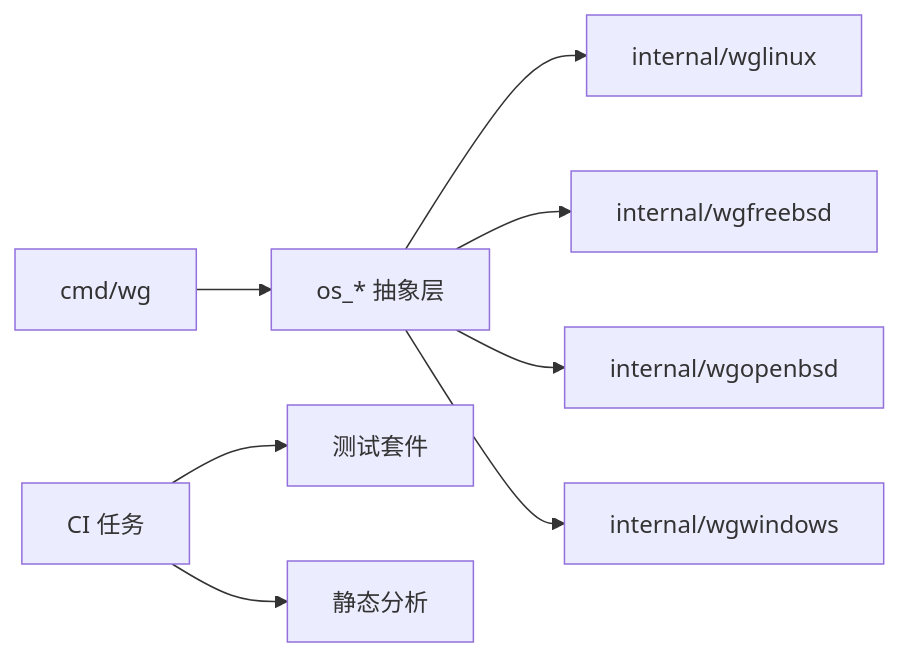
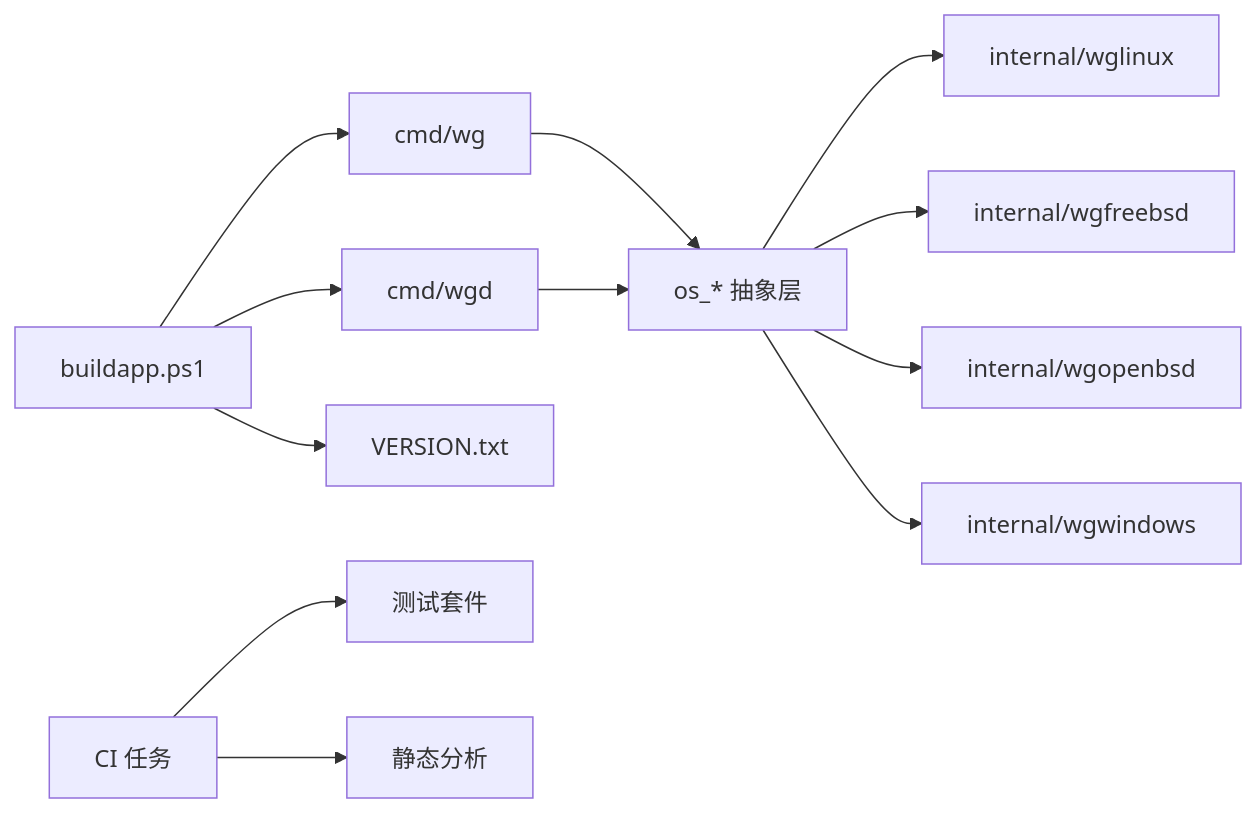
The fourth of 4 diagrams in .qoder/repowiki/zh/content/开发者指南/构建系统.md (tea4go/wgctrl-go), drawn with Mermaid before and after one commit. The commit also changed other lines of this file and 11 other files, not shown here.

````diff
--- a/.qoder/repowiki/zh/content/开发者指南/构建系统.md
+++ b/.qoder/repowiki/zh/content/开发者指南/构建系统.md
@@ -269,10 +357,14 @@
 ```mermaid
 graph LR
 CLI["cmd/wg"] --> OS["os_* 抽象层"]
+WGD["cmd/wgd"] --> OS
 OS --> ImplL["internal/wglinux"]
 OS --> ImplF["internal/wgfreebsd"]
 OS --> ImplO["internal/wgopenbsd"]
 OS --> ImplW["internal/wgwindows"]
+BS["buildapp.ps1"] --> VS["VERSION.txt"]
+BS --> CLI
+BS --> WGD
 CI["CI 任务"] --> Test["测试套件"]
 CI --> Analyze["静态分析"]
 ```
````
